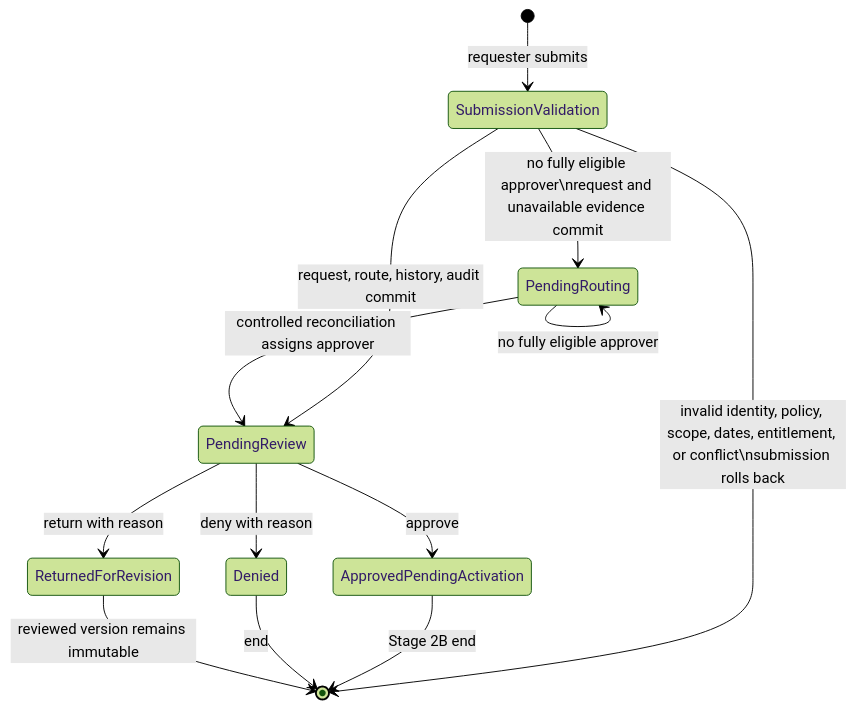
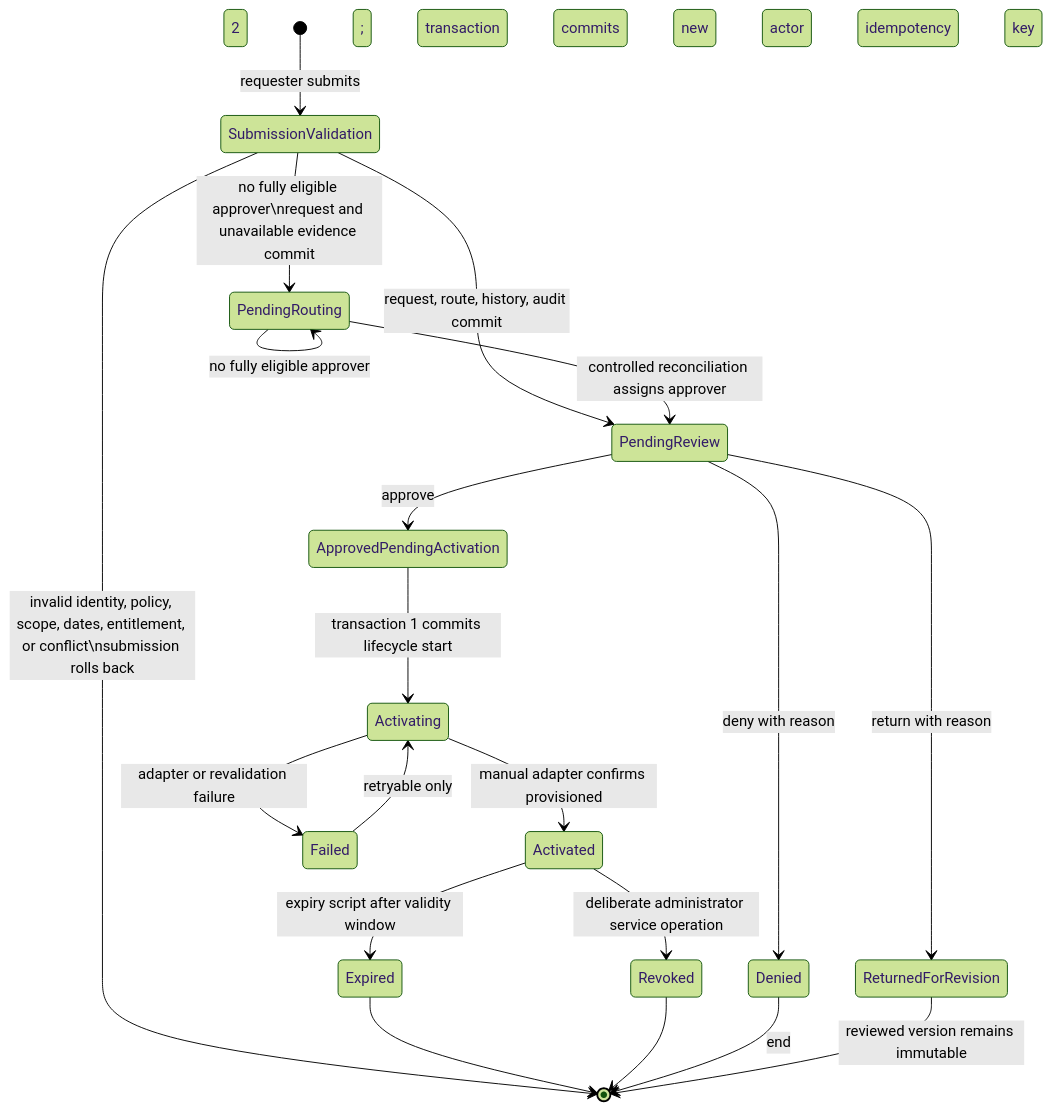
One commit to yashiro-nyx/Permora changed the diagram in docs/stage-2b-plan.md. Above: the diagram before and after it, drawn with Mermaid (forest theme). The commit also changed other lines of this file and 37 other files, not shown here.

Commit message:
feat: Stage 2C activation and lifecycle management

````diff
--- a/docs/stage-2b-plan.md
+++ b/docs/stage-2b-plan.md
@@ -47,15 +51,22 @@
 ```mermaid
 stateDiagram-v2
   [*] --> SubmissionValidation: requester submits
   SubmissionValidation --> [*]: invalid identity, policy, scope, dates, entitlement, or conflict\nsubmission rolls back
   SubmissionValidation --> PendingRouting: no fully eligible approver\nrequest and unavailable evidence commit
   SubmissionValidation --> PendingReview: request, route, history, audit commit
   PendingRouting --> PendingReview: controlled reconciliation assigns approver
   PendingRouting --> PendingRouting: no fully eligible approver
   PendingReview --> ApprovedPendingActivation: approve
   PendingReview --> Denied: deny with reason
   PendingReview --> ReturnedForRevision: return with reason
-  ApprovedPendingActivation --> [*]: Stage 2B end
+  ApprovedPendingActivation --> Activating: transaction 1 commits lifecycle start
+  Activating --> Activated: manual adapter confirms provisioned; transaction 2 commits
+  Activating --> Failed: adapter or revalidation failure; transaction 2 commits
+  Failed --> Activating: retryable only; new actor idempotency key
+  Activated --> Expired: expiry script after validity window
+  Activated --> Revoked: deliberate administrator service operation
+  Expired --> [*]
+  Revoked --> [*]
   Denied --> [*]: end
   ReturnedForRevision --> [*]: reviewed version remains immutable
 ```
````
